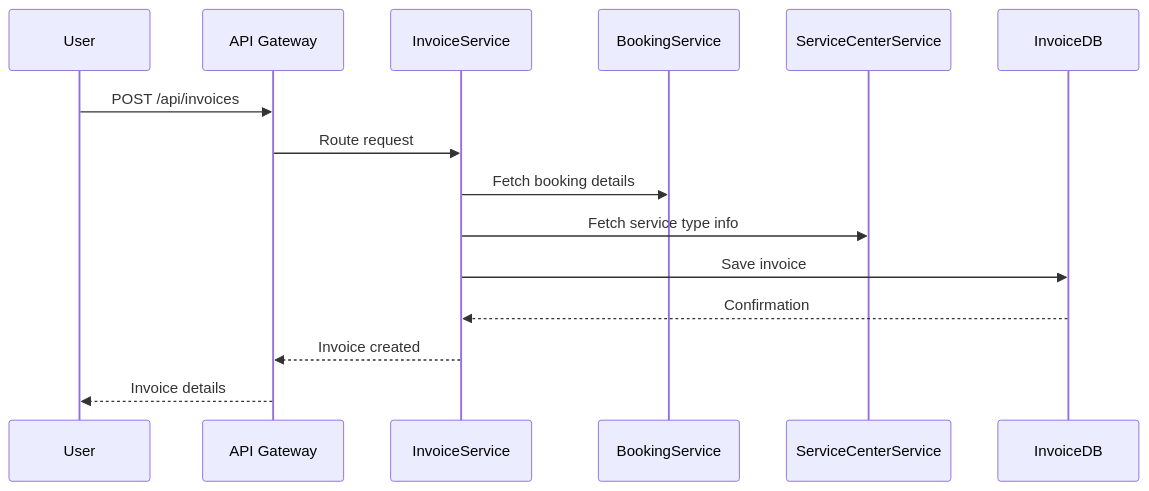
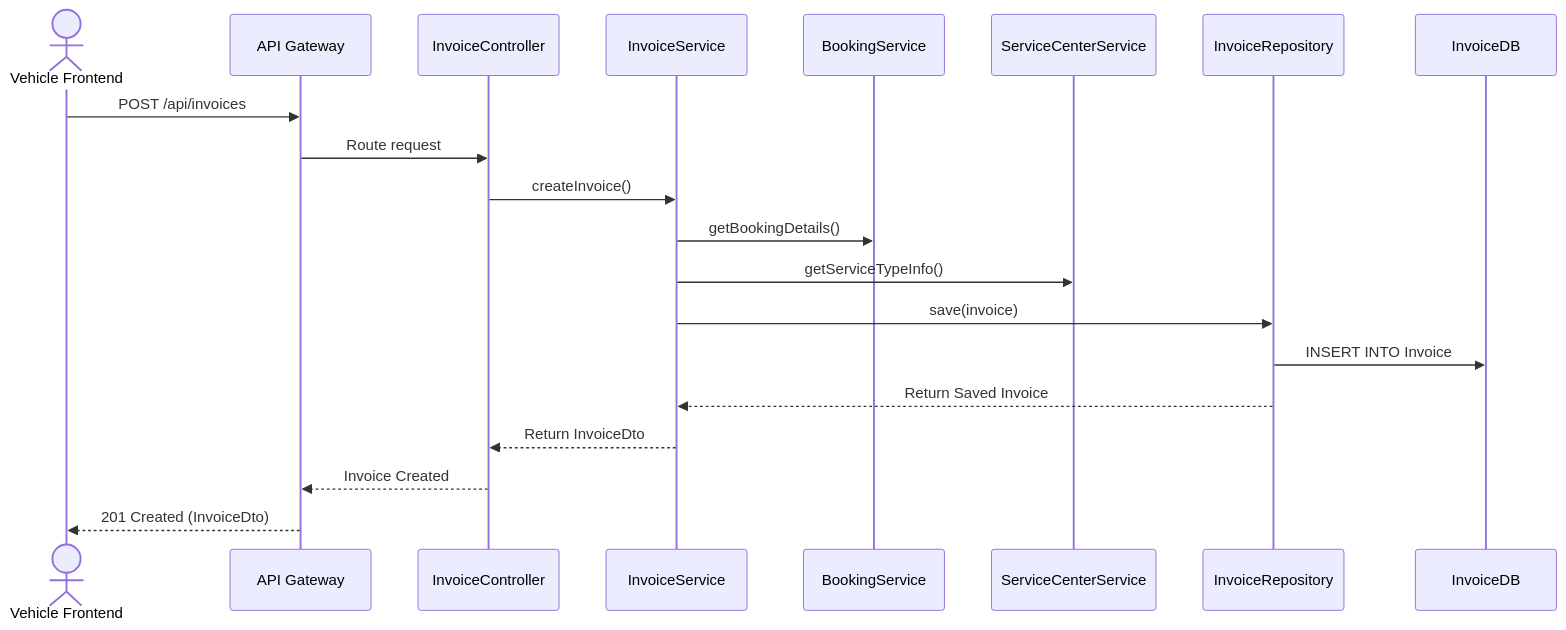
The third of 3 diagrams in Invoice_and_Billing.md (rajshinde-cognizant/JAVA-FSE-PROJECT), drawn with Mermaid before and after one commit. The commit also changed other lines of this file, not shown here.

````diff
--- a/Invoice_and_Billing.md
+++ b/Invoice_and_Billing.md
@@ -96,18 +167,23 @@
 ```mermaid
- sequenceDiagram
-    participant User
-    participant API Gateway
-    participant InvoiceService
-    participant BookingService
-    participant ServiceCenterService
-    participant InvoiceDB
+sequenceDiagram
+  actor UI as Vehicle Frontend
+  participant G as API Gateway
+  participant C as InvoiceController
+  participant S as InvoiceService
+  participant B as BookingService
+  participant SC as ServiceCenterService
+  participant R as InvoiceRepository
+  participant DB as InvoiceDB
 
-    User->>API Gateway: POST /api/invoices
-    API Gateway->>InvoiceService: Route request
-    InvoiceService->>BookingService: Fetch booking details
-    InvoiceService->>ServiceCenterService: Fetch service type info
-    InvoiceService->>InvoiceDB: Save invoice
-    InvoiceDB-->>InvoiceService: Confirmation
-    InvoiceService-->>API Gateway: Invoice created
-    API Gateway-->>User: Invoice details 
+  UI->>G: POST /api/invoices
+  G->>C: Route request
+  C->>S: createInvoice()
+  S->>B: getBookingDetails()
+  S->>SC: getServiceTypeInfo()
+  S->>R: save(invoice)
+  R->>DB: INSERT INTO Invoice
+  R-->>S: Return Saved Invoice
+  S-->>C: Return InvoiceDto
+  C-->>G: Invoice Created
+  G-->>UI: 201 Created (InvoiceDto)
 ```
````
